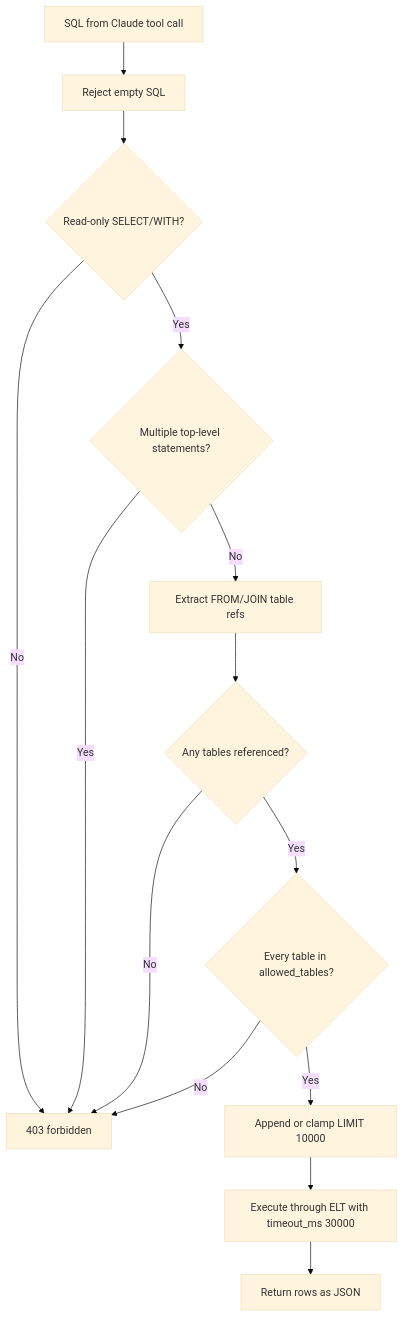
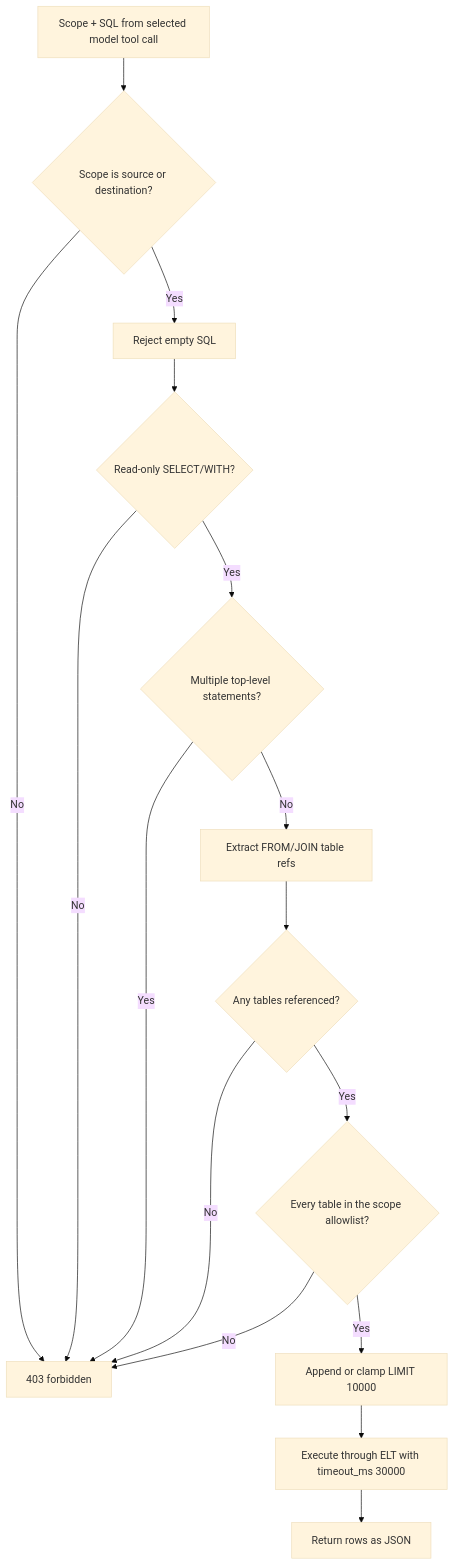
The fifth of 5 diagrams in md-docs/agents/flow-charts.md (dabhivijay2478/InsightFlow), drawn with Mermaid (base theme) before and after one commit. The commit also changed other lines of this file and 13 other files, not shown here.

````diff
--- a/md-docs/agents/flow-charts.md
+++ b/md-docs/agents/flow-charts.md
@@ -143,16 +169,18 @@
 ```mermaid
 flowchart TD
-  Start["SQL from Claude tool call"] --> One["Reject empty SQL"]
+  Start["Scope + SQL from selected model tool call"] --> Scope{"Scope is source or destination?"}
+  Scope -- No --> Reject["403 forbidden"]
+  Scope -- Yes --> One["Reject empty SQL"]
   One --> Two{"Read-only SELECT/WITH?"}
   Two -- No --> Reject["403 forbidden"]
   Two -- Yes --> Three{"Multiple top-level statements?"}
   Three -- Yes --> Reject
   Three -- No --> Four["Extract FROM/JOIN table refs"]
   Four --> Five{"Any tables referenced?"}
   Five -- No --> Reject
-  Five -- Yes --> Six{"Every table in allowed_tables?"}
+  Five -- Yes --> Six{"Every table in the scope allowlist?"}
   Six -- No --> Reject
   Six -- Yes --> Seven["Append or clamp LIMIT 10000"]
   Seven --> Eight["Execute through ELT with timeout_ms 30000"]
   Eight --> Done["Return rows as JSON"]
 ```
````
